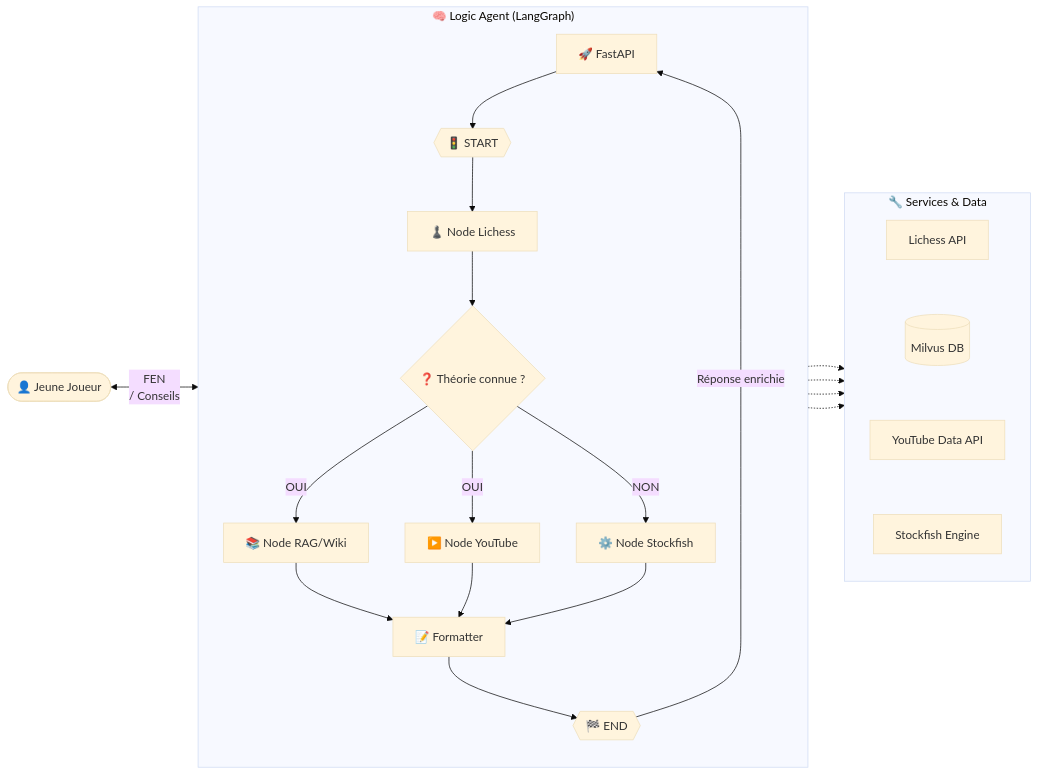
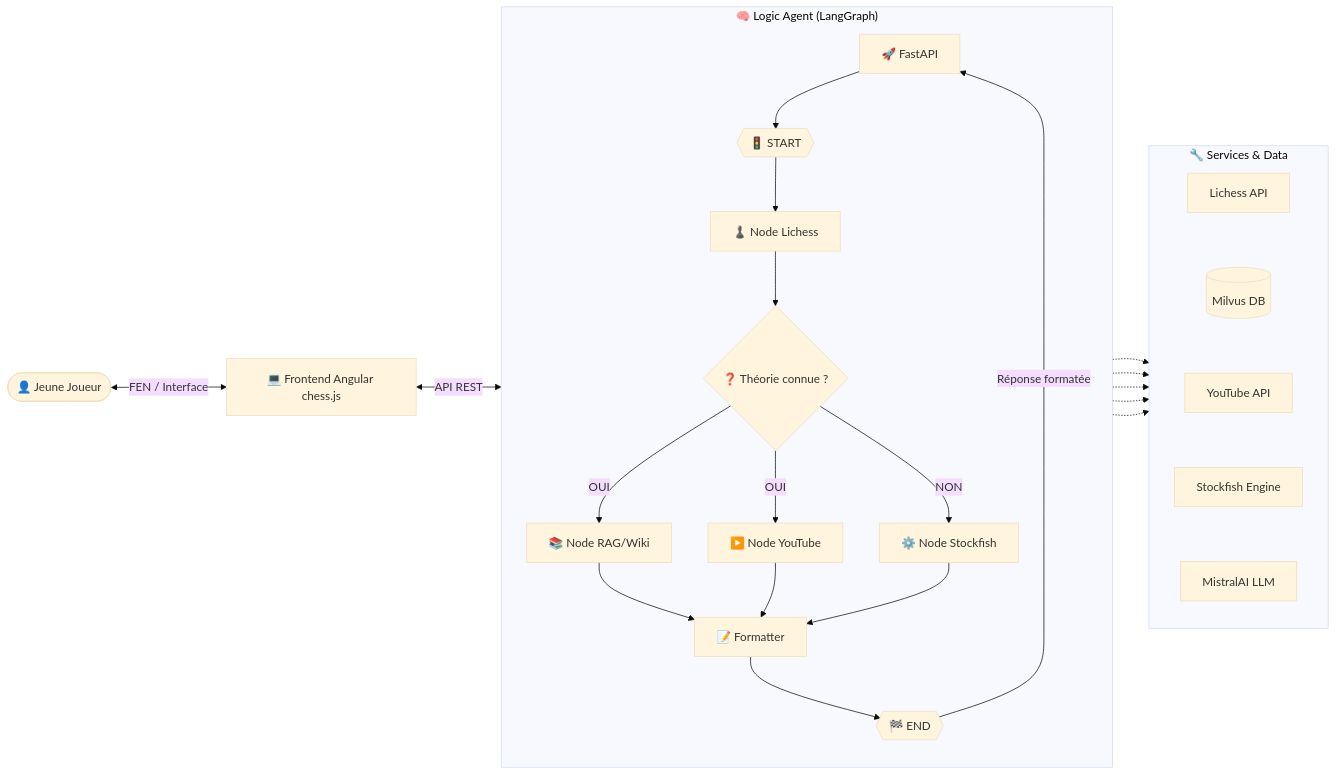
One commit to RandomFab/AGENT_IA_FFE changed the diagram in README.md. Above: the diagram before and after it, drawn with Mermaid (base theme). The commit also changed other lines of this file, not shown here.

````diff
--- a/README.md
+++ b/README.md
@@ -32,41 +35,45 @@
 ```mermaid
 graph LR
-    User([👤 Jeune Joueur]) <-->|FEN\n / Conseils | API[🚀 FastAPI]
+    User([👤 Jeune Joueur]) <-->|FEN / Interface| Front[💻 Frontend Angular chess.js]
+    Front <-->|API REST| API[🚀 FastAPI]
     
     subgraph "🧠 Logic Agent (LangGraph)"
         direction TB
         API --> LG_Start{{"🚦 START"}}
         LG_Start --> Node_Lic["♟️ Node Lichess"]
         
         Node_Lic --> Decision{"❓ Théorie connue ?"}
         
         Decision -- "OUI" --> Node_Wiki["📚 Node RAG/Wiki"]
         Decision -- "OUI" --> Node_Ytb["▶️ Node YouTube"]
         Decision -- "NON" --> Node_SF["⚙️ Node Stockfish"]
         
         Node_Wiki --> Node_Format["📝 Formatter"]
         Node_Ytb --> Node_Format
         Node_SF --> Node_Format
         
         Node_Format --> LG_End{{"🏁 END"}}
     end
 
     subgraph "🔧 Services & Data"
         direction TB
         Ser_Lic[Lichess API]
         Ser_Milvus[(Milvus DB)]
-        Ser_Ytb[YouTube Data API]
+        Ser_Ytb[YouTube API]
         Ser_SF[Stockfish Engine]
+        Ser_Mistral[MistralAI LLM]
         
         Ser_Lic ~~~ Ser_Milvus
         Ser_Milvus ~~~ Ser_Ytb
         Ser_Ytb ~~~ Ser_SF
+        Ser_SF ~~~ Ser_Mistral
     end
     
     Node_Lic -.-> Ser_Lic
     Node_Wiki -.-> Ser_Milvus
     Node_Ytb -.-> Ser_Ytb
     Node_SF -.-> Ser_SF
+    Node_Format -.-> Ser_Mistral
 
-    LG_End -->|Réponse enrichie| API
+    LG_End -->|Réponse formatée| API
 ```
````
